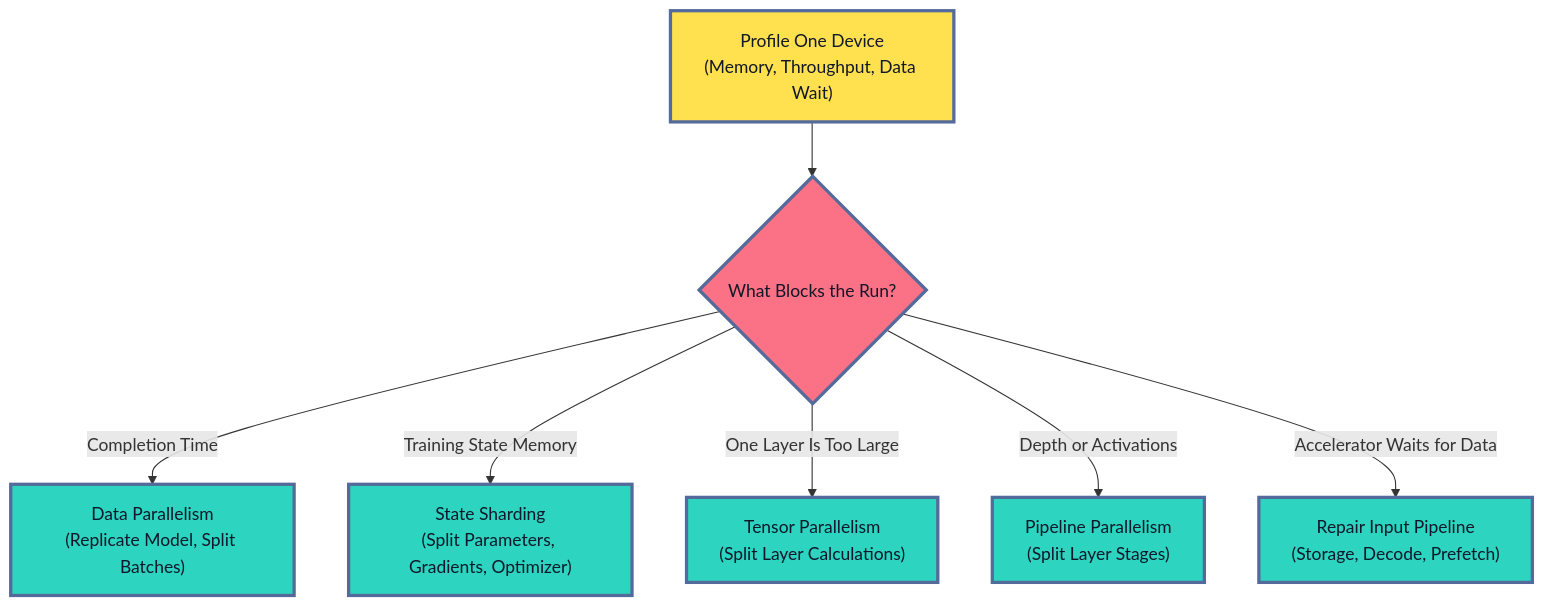
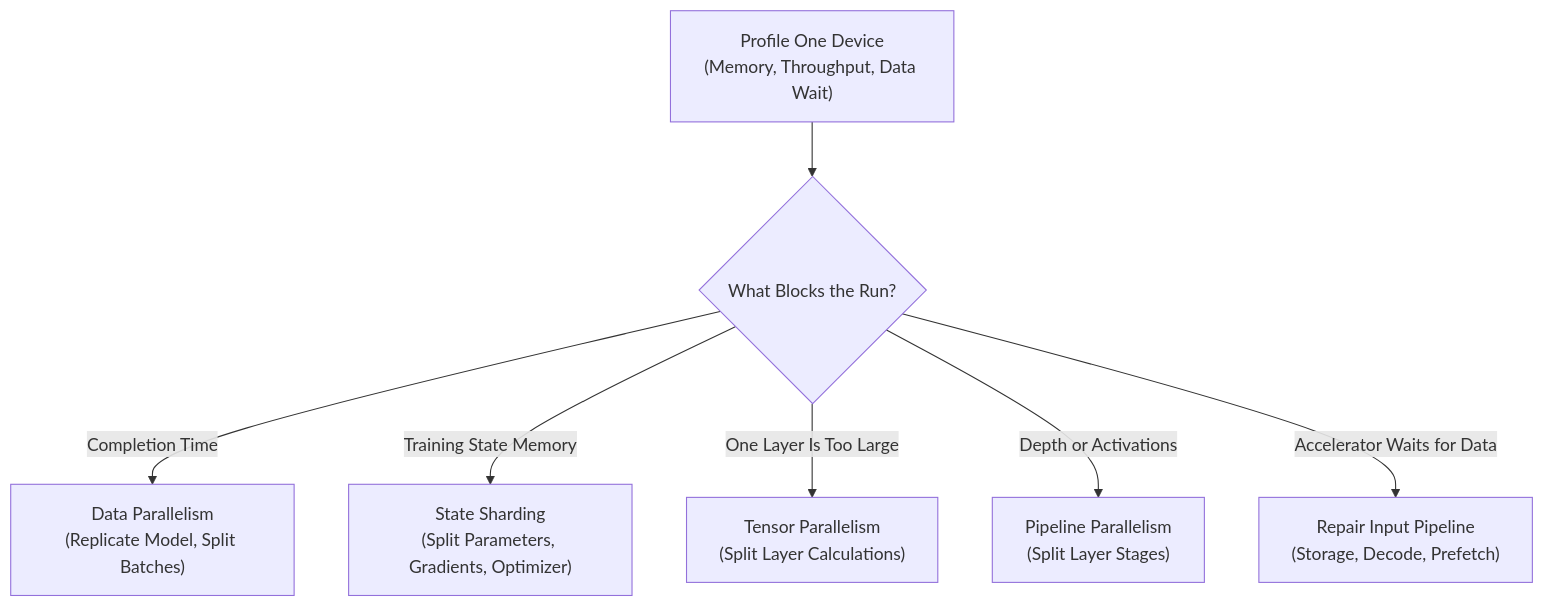
Before and after one commit to senlinyy/dev-roadmaps: the first of 4 diagrams in roadmaps/mlops/modules/training-pipelines/scaling-training/02-distributed-training-basics.md, drawn with Mermaid. The commit also changed other lines of this file and 152 other files, not shown here.

Commit message:
feat: mlops and diagrams updated

````diff
--- a/roadmaps/mlops/modules/training-pipelines/scaling-training/02-distributed-training-basics.md
+++ b/roadmaps/mlops/modules/training-pipelines/scaling-training/02-distributed-training-basics.md
@@ -58,16 +58,13 @@
 ```mermaid
 flowchart TD
     A["Profile One Device<br/>(Memory, Throughput, Data Wait)"] --> B{"What Blocks the Run?"}
     B -->|"Completion Time"| C["Data Parallelism<br/>(Replicate Model, Split Batches)"]
     B -->|"Training State Memory"| D["State Sharding<br/>(Split Parameters, Gradients, Optimizer)"]
     B -->|"One Layer Is Too Large"| E["Tensor Parallelism<br/>(Split Layer Calculations)"]
     B -->|"Depth or Activations"| F["Pipeline Parallelism<br/>(Split Layer Stages)"]
     B -->|"Accelerator Waits for Data"| G["Repair Input Pipeline<br/>(Storage, Decode, Prefetch)"]
 
-    classDef evidence fill:#FFE04F,stroke:#536A9A,stroke-width:3px,color:#111827
-    classDef decision fill:#FB7185,stroke:#536A9A,stroke-width:3px,color:#111827
-    classDef strategy fill:#2DD4BF,stroke:#536A9A,stroke-width:3px,color:#0F172A
     class A evidence
     class B decision
     class C,D,E,F,G strategy
 ```
````
